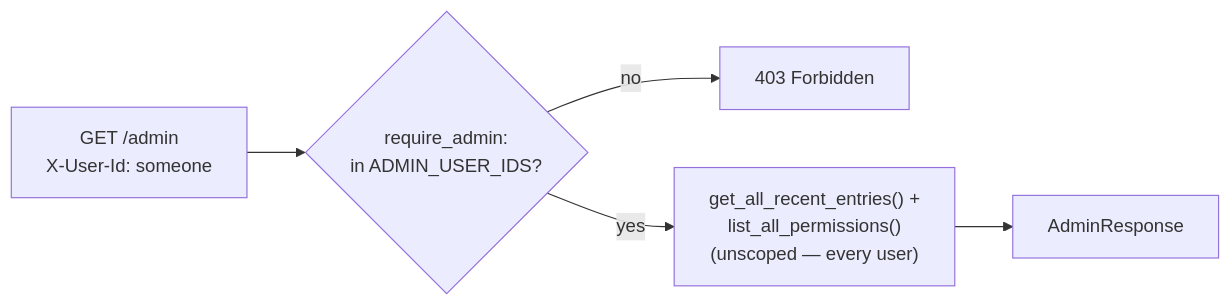
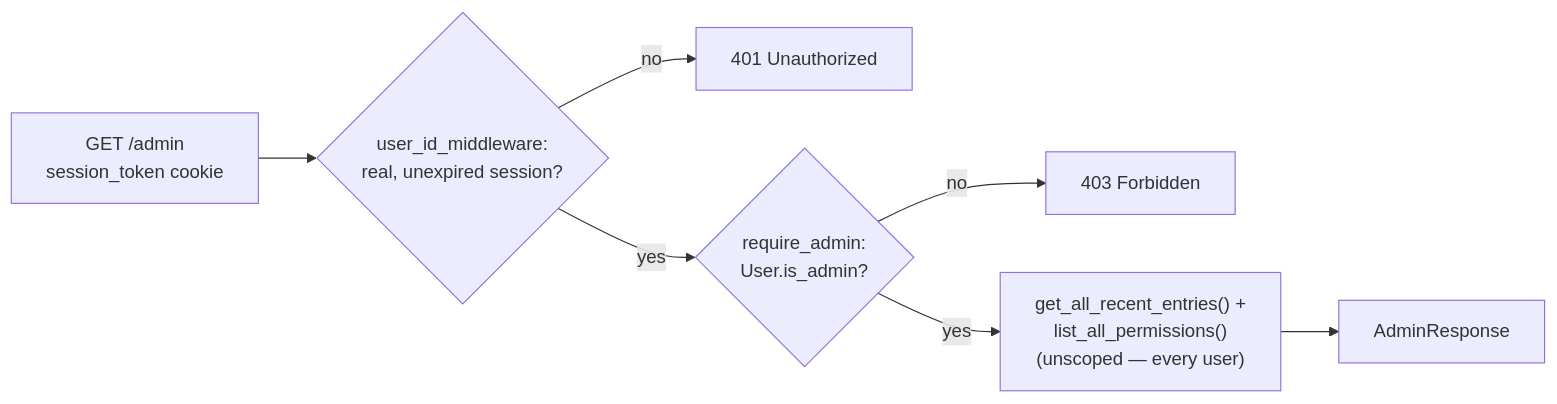
Diagram 23 of 25 in knowledge-brain/docs/INTERVIEW_PREP.md (NavdeepTU/genai_projects), drawn with Mermaid before and after one commit. The commit also changed other lines of this file and 22 other files, not shown here.

First line of the commit message:
knowledge-brain: Real authentication, backend half (session cookies, item 14)

````diff
--- a/knowledge-brain/docs/INTERVIEW_PREP.md
+++ b/knowledge-brain/docs/INTERVIEW_PREP.md
@@ -2239,7 +2239,9 @@
 ```mermaid
 flowchart LR
-    REQ["GET /admin<br/>X-User-Id: someone"] --> GATE{"require_admin:<br/>in ADMIN_USER_IDS?"}
+    REQ["GET /admin<br/>session_token cookie"] --> AUTH{"user_id_middleware:<br/>real, unexpired session?"}
+    AUTH -->|no| REJECT401["401 Unauthorized"]
+    AUTH -->|yes| GATE{"require_admin:<br/>User.is_admin?"}
     GATE -->|no| REJECT["403 Forbidden"]
     GATE -->|yes| SVC["get_all_recent_entries() +<br/>list_all_permissions()<br/>(unscoped — every user)"]
     SVC --> RESP["AdminResponse"]
 ```
````
